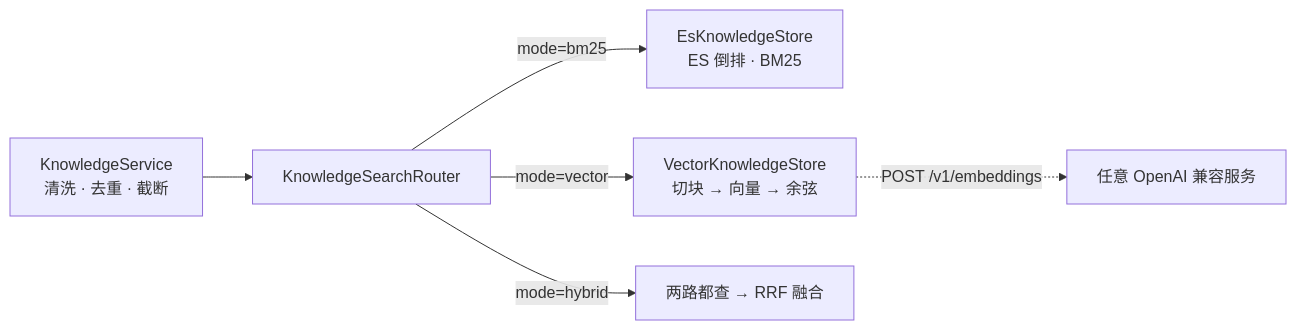
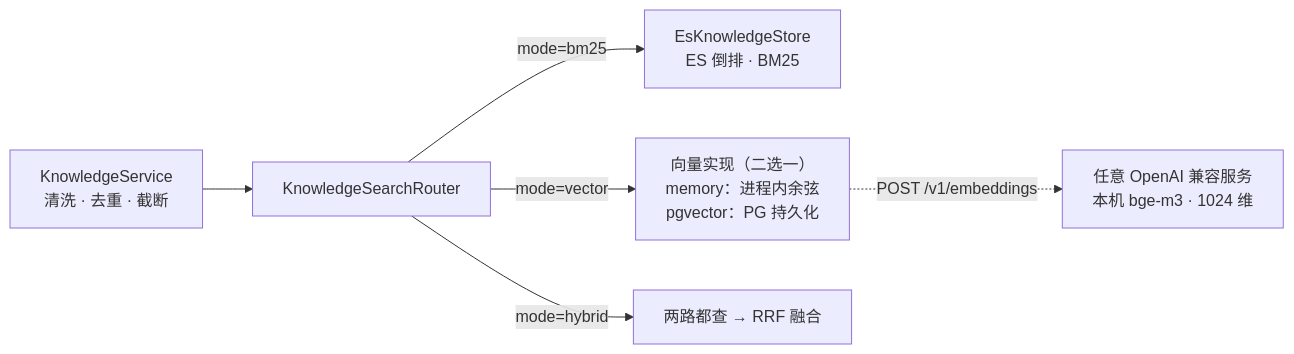
The fourth of 4 diagrams in README.md (zeroaihub/zeroai-mall), drawn with Mermaid before and after one commit. The commit also changed other lines of this file and 25 other files, not shown here.

First line of the commit message:
feat(knowledge): PGVector 存储与三路检索阈值标定

````diff
--- a/README.md
+++ b/README.md
@@ -220,8 +227,8 @@
 ```mermaid
 flowchart LR
     S["KnowledgeService<br/>清洗 · 去重 · 截断"] --> R["KnowledgeSearchRouter"]
     R -->|"mode=bm25"| ES["EsKnowledgeStore<br/>ES 倒排 · BM25"]
-    R -->|"mode=vector"| V["VectorKnowledgeStore<br/>切块 → 向量 → 余弦"]
+    R -->|"mode=vector"| V["向量实现（二选一）<br/>memory：进程内余弦<br/>pgvector：PG 持久化"]
     R -->|"mode=hybrid"| F["两路都查 → RRF 融合"]
-    V -.->|"POST /v1/embeddings"| EM["任意 OpenAI 兼容服务"]
+    V -.->|"POST /v1/embeddings"| EM["任意 OpenAI 兼容服务<br/>本机 bge-m3 · 1024 维"]
 ```
````
